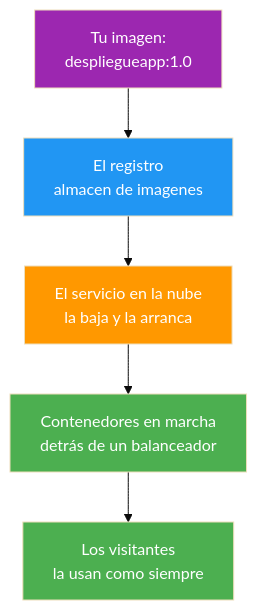
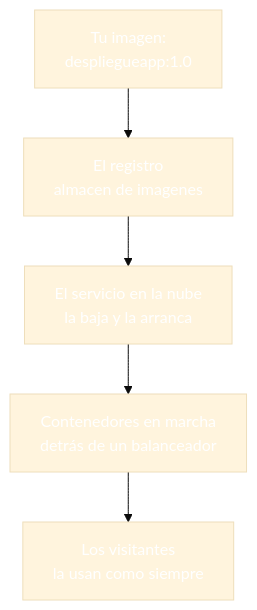
One commit to joseluisgs/DesarrolloWebEntornosServidor-03-2026-2027 changed the fifth of 6 diagrams in 25-docker-despliegue.md. Above: the diagram before and after it, drawn with Mermaid (base theme). The commit also changed other lines of this file and 30 other files, not shown here.

````diff
--- a/25-docker-despliegue.md
+++ b/25-docker-despliegue.md
@@ -262,12 +262,12 @@
 ```mermaid
 graph TD
     I["Tu imagen:<br/>despliegueapp:1.0"] --> R["El registro<br/>almacen de imagenes"]
     R --> S["El servicio en la nube<br/>la baja y la arranca"]
     S --> N["Contenedores en marcha<br/>detrás de un balanceador"]
     N --> V["Los visitantes<br/>la usan como siempre"]
-    style I fill:#9C27B0,color:#fff
-    style R fill:#2196F3,color:#fff
-    style S fill:#FF9800,color:#fff
-    style N fill:#4CAF50,color:#fff
-    style V fill:#4CAF50,color:#fff
+    style I fill:#9C27B,color:#fff0,color:#fff
+    style R fill:#2196F,color:#fff3,color:#fff
+    style S fill:#FF980,color:#fff0,color:#fff
+    style N fill:#4CAF5,color:#fff0,color:#fff
+    style V fill:#4CAF5,color:#fff0,color:#fff
 ```
````
